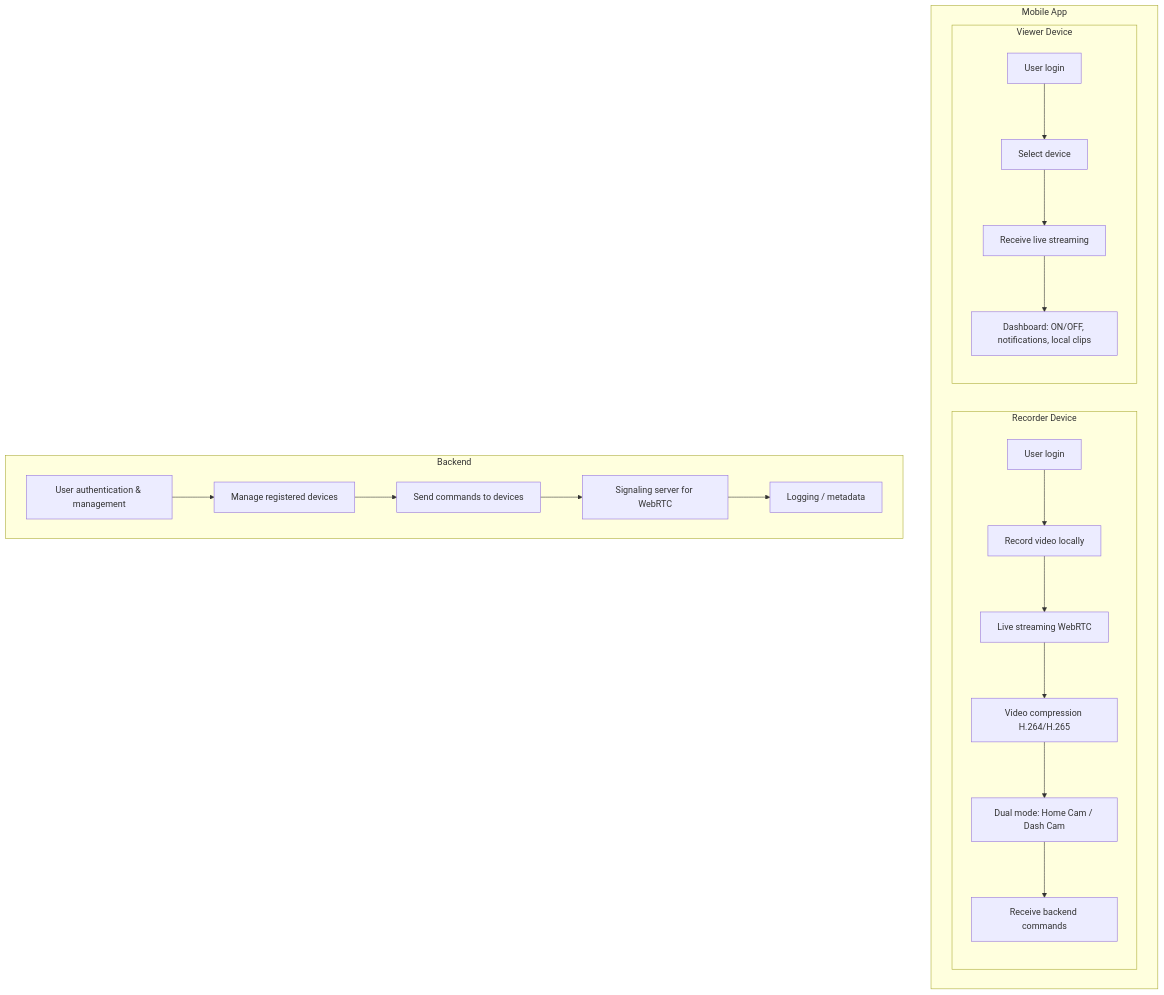
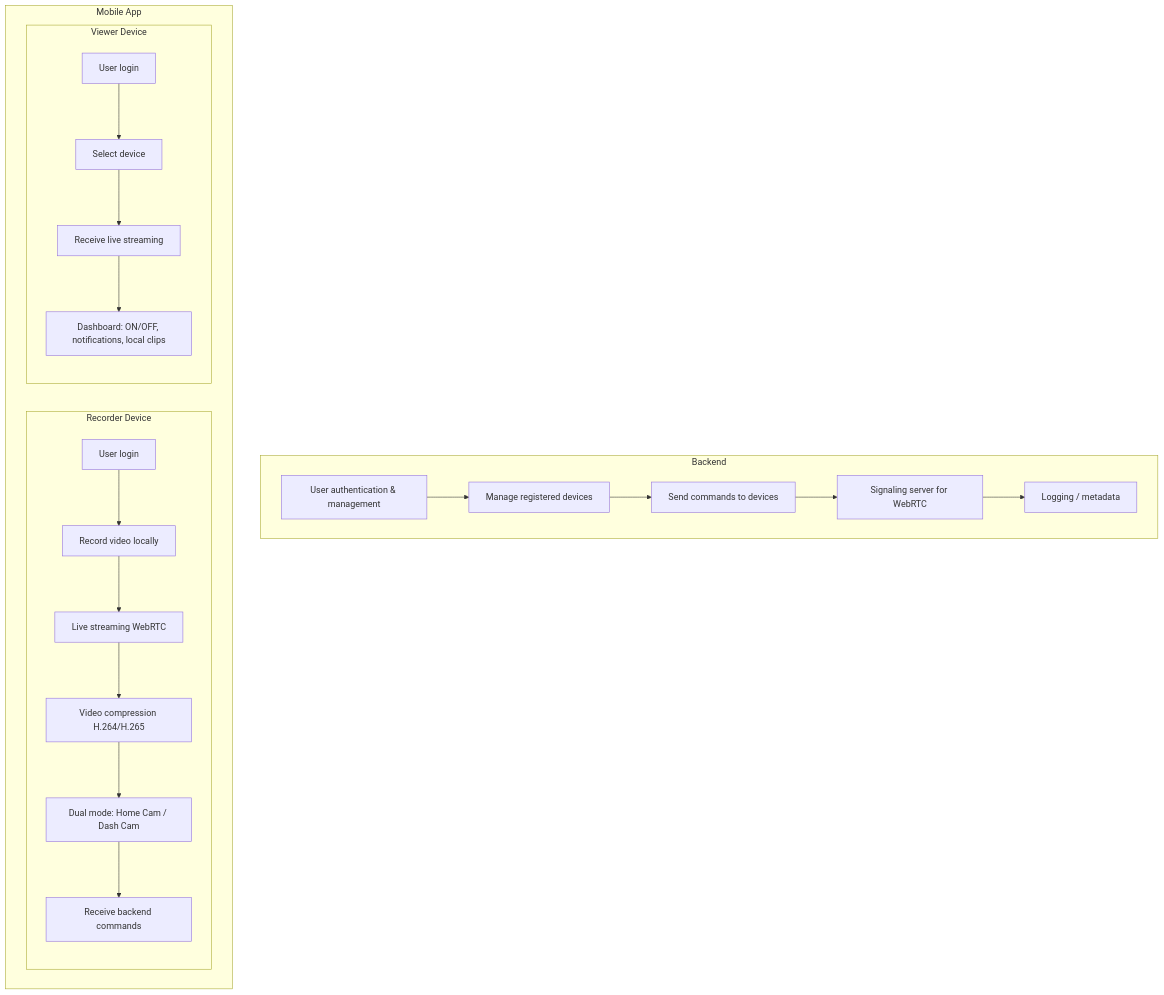
One commit to simonediberardino/HomeDriveCamFlutter changed the diagram in README.md. Above: the diagram before and after it, drawn with Mermaid. The commit also changed other lines of this file, not shown here.

First line of the commit message:
Remove duplicate backend flowchart

````diff
--- a/README.md
+++ b/README.md
@@ -40,32 +40,32 @@
 ```mermaid
 
 flowchart TB
+    subgraph Backend
+        B1[User authentication & management]
+        B2[Manage registered devices]
+        B3[Send commands to devices]
+        B4[Signaling server for WebRTC]
+        B5[Logging / metadata]
+        B1 --> B2 --> B3 --> B4 --> B5
+    end
+
     subgraph Mobile App
         subgraph Recorder Device
             A0[User login]
             A1[Record video locally]
             A2[Live streaming WebRTC]
             A3[Video compression H.264/H.265]
             A4[Dual mode: Home Cam / Dash Cam]
             A5[Receive backend commands]
             A0 --> A1 --> A2 --> A3 --> A4 --> A5
         end
 
         subgraph Viewer Device
             C1[User login]
             C2[Select device]
             C3[Receive live streaming]
             C4[Dashboard: ON/OFF, notifications, local clips]
             C1 --> C2 --> C3 --> C4
         end
     end
-
-    subgraph Backend
-        B1[User authentication & management]
-        B2[Manage registered devices]
-        B3[Send commands to devices]
-        B4[Signaling server for WebRTC]
-        B5[Logging / metadata]
-        B1 --> B2 --> B3 --> B4 --> B5
-    end
 ```
````
